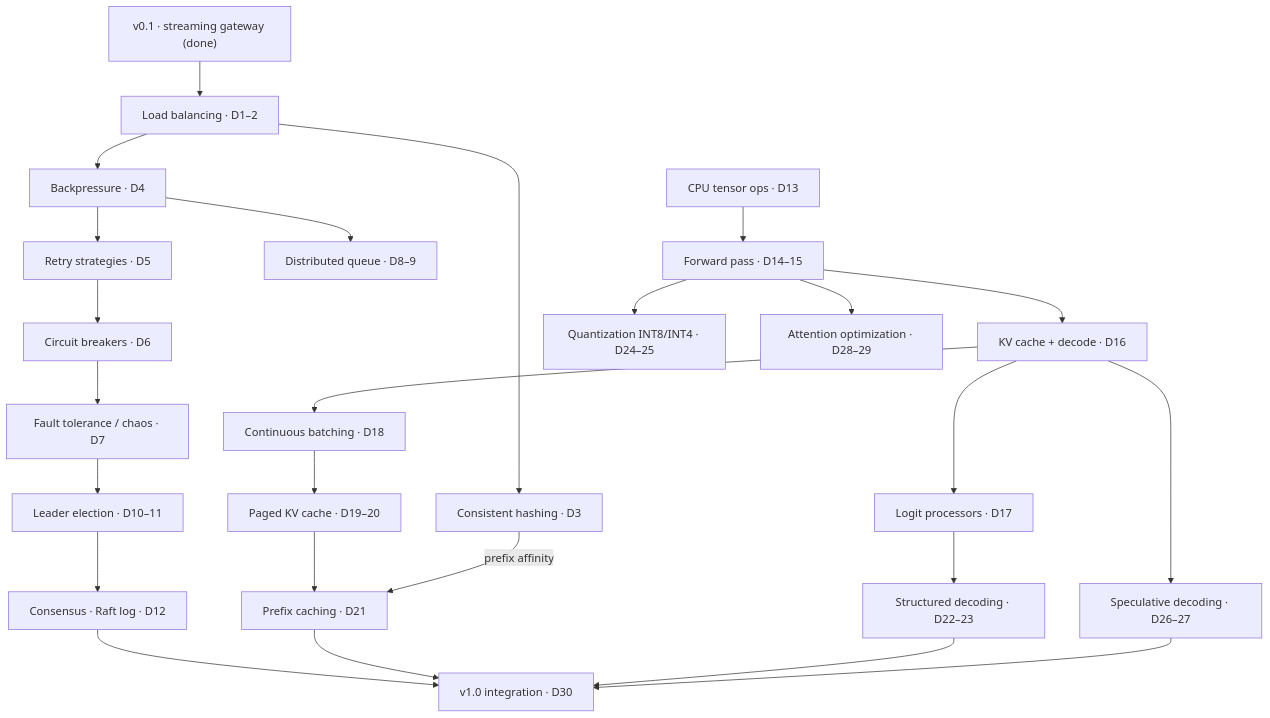
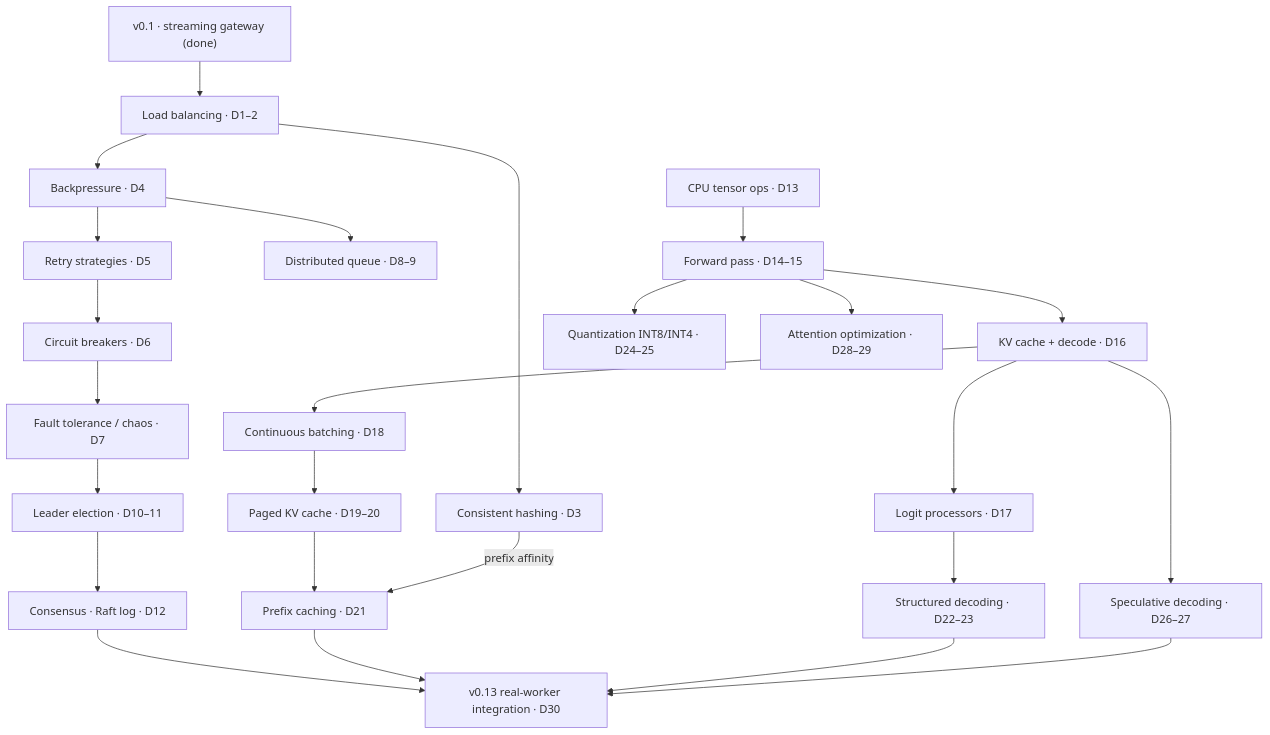
Before and after one commit to conan505/inferLab: the diagram in docs/plan-30-days.md, drawn with Mermaid. The commit also changed other lines of this file and 39 other files, not shown here.

Commit message:
v0.13 real-worker full-stack integration

````diff
--- a/docs/plan-30-days.md
+++ b/docs/plan-30-days.md
@@ -11,28 +11,28 @@
 ```mermaid
 flowchart TD
     S["v0.1 · streaming gateway (done)"] --> LB["Load balancing · D1–2"]
     LB --> CH["Consistent hashing · D3"]
     LB --> BP["Backpressure · D4"]
     BP --> RT["Retry strategies · D5"]
     RT --> CB["Circuit breakers · D6"]
     CB --> FT["Fault tolerance / chaos · D7"]
     BP --> DQ["Distributed queue · D8–9"]
     FT --> LE["Leader election · D10–11"]
     LE --> CS["Consensus · Raft log · D12"]
 
     S2["CPU tensor ops · D13"] --> FP["Forward pass · D14–15"]
     FP --> KV["KV cache + decode · D16"]
     KV --> LP["Logit processors · D17"]
     KV --> CBATCH["Continuous batching · D18"]
     CBATCH --> PKV["Paged KV cache · D19–20"]
     PKV --> PC["Prefix caching · D21"]
     CH -->|prefix affinity| PC
     LP --> SD["Structured decoding · D22–23"]
     FP --> QZ["Quantization INT8/INT4 · D24–25"]
     KV --> SPEC["Speculative decoding · D26–27"]
     FP --> ATT["Attention optimization · D28–29"]
-    CS --> INT["v1.0 integration · D30"]
+    CS --> INT["v0.13 real-worker integration · D30"]
     PC --> INT
     SD --> INT
     SPEC --> INT
 ```
````
